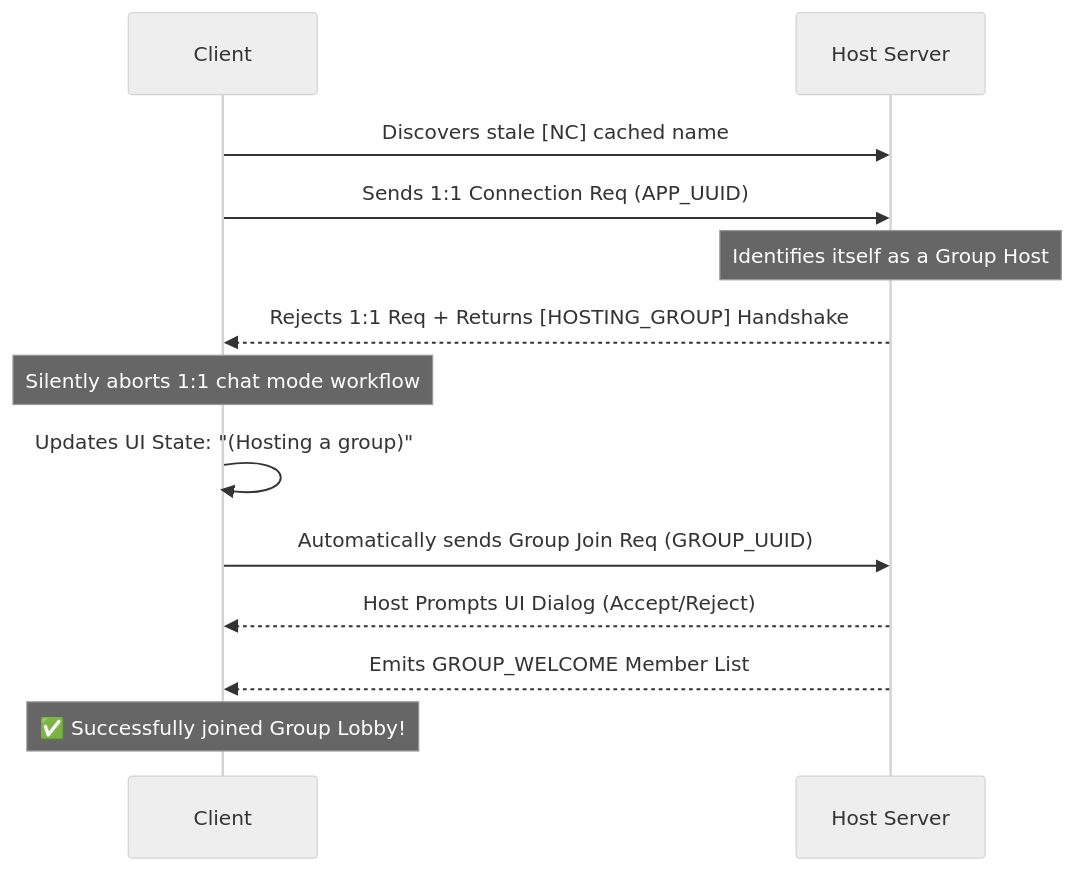
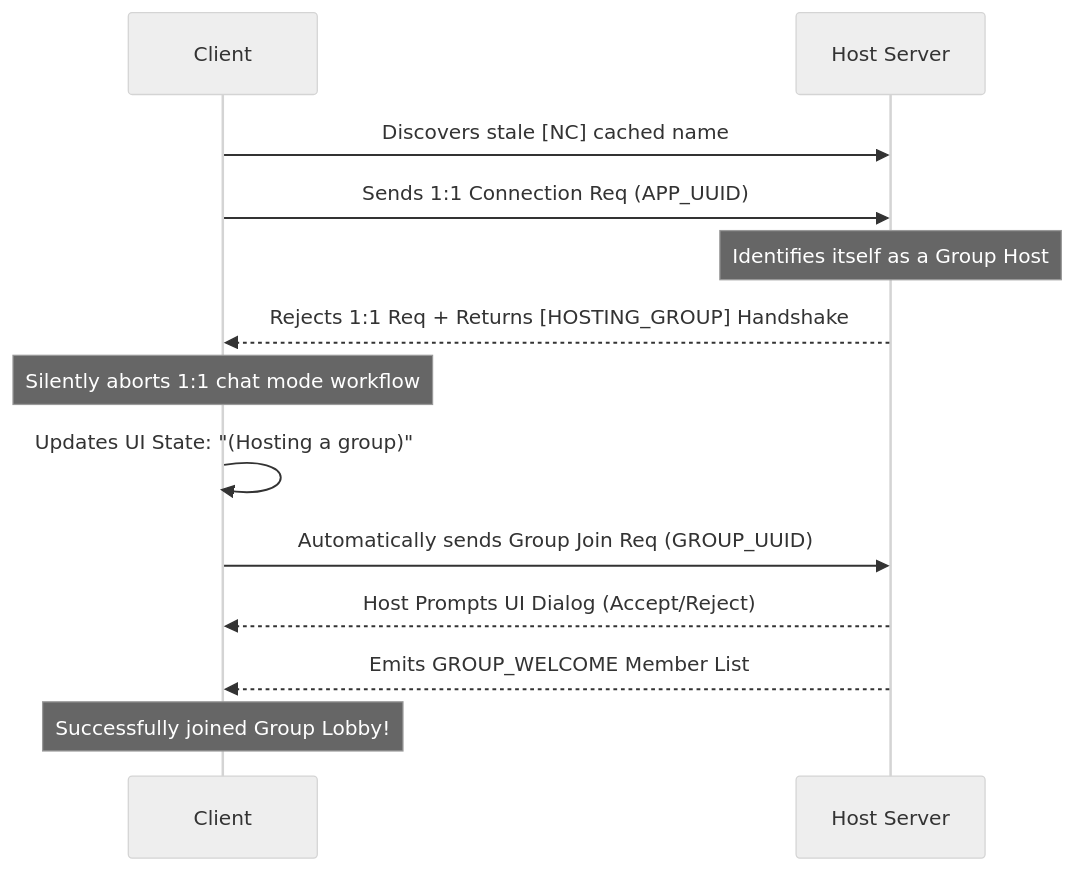
Before and after one commit to amEya911/NearChat: the third of 4 diagrams in README.md, drawn with Mermaid (neutral theme). The commit also changed other lines of this file, not shown here.

````diff
--- a/README.md
+++ b/README.md
@@ -109,16 +109,16 @@
 ```mermaid
 sequenceDiagram
     participant Client
     participant Host Server
 
     Client->>Host Server: Discovers stale [NC] cached name
     Client->>Host Server: Sends 1:1 Connection Req (APP_UUID)
     Note over Host Server: Identifies itself as a Group Host
     Host Server-->>Client: Rejects 1:1 Req + Returns [HOSTING_GROUP] Handshake
     Note over Client: Silently aborts 1:1 chat mode workflow
     Client->>Client: Updates UI State: "(Hosting a group)"
     Client->>Host Server: Automatically sends Group Join Req (GROUP_UUID)
     Host Server-->>Client: Host Prompts UI Dialog (Accept/Reject)
     Host Server-->>Client: Emits GROUP_WELCOME Member List
-    Note over Client: ✅ Successfully joined Group Lobby!
+    Note over Client: Successfully joined Group Lobby!
 ```
````
